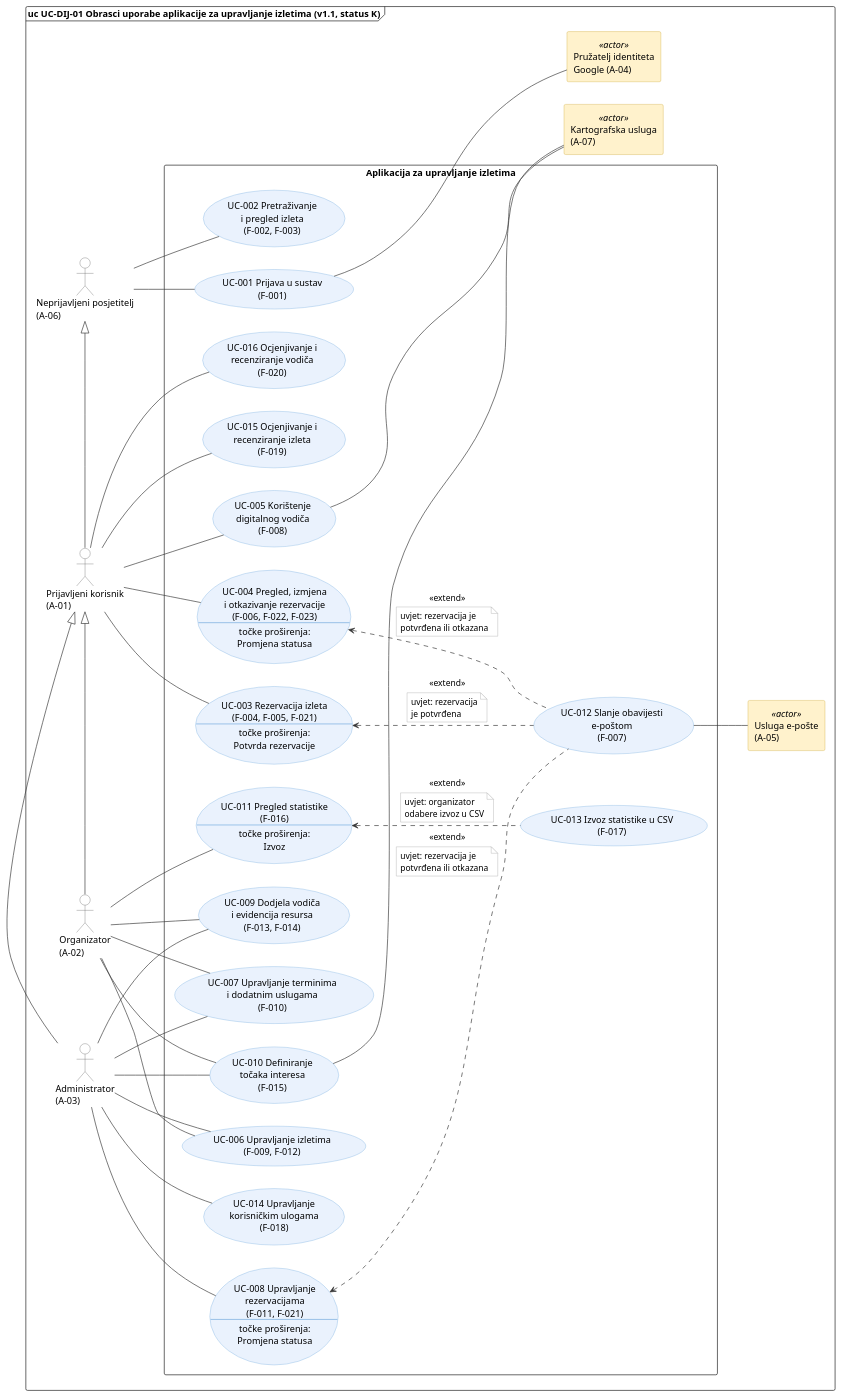
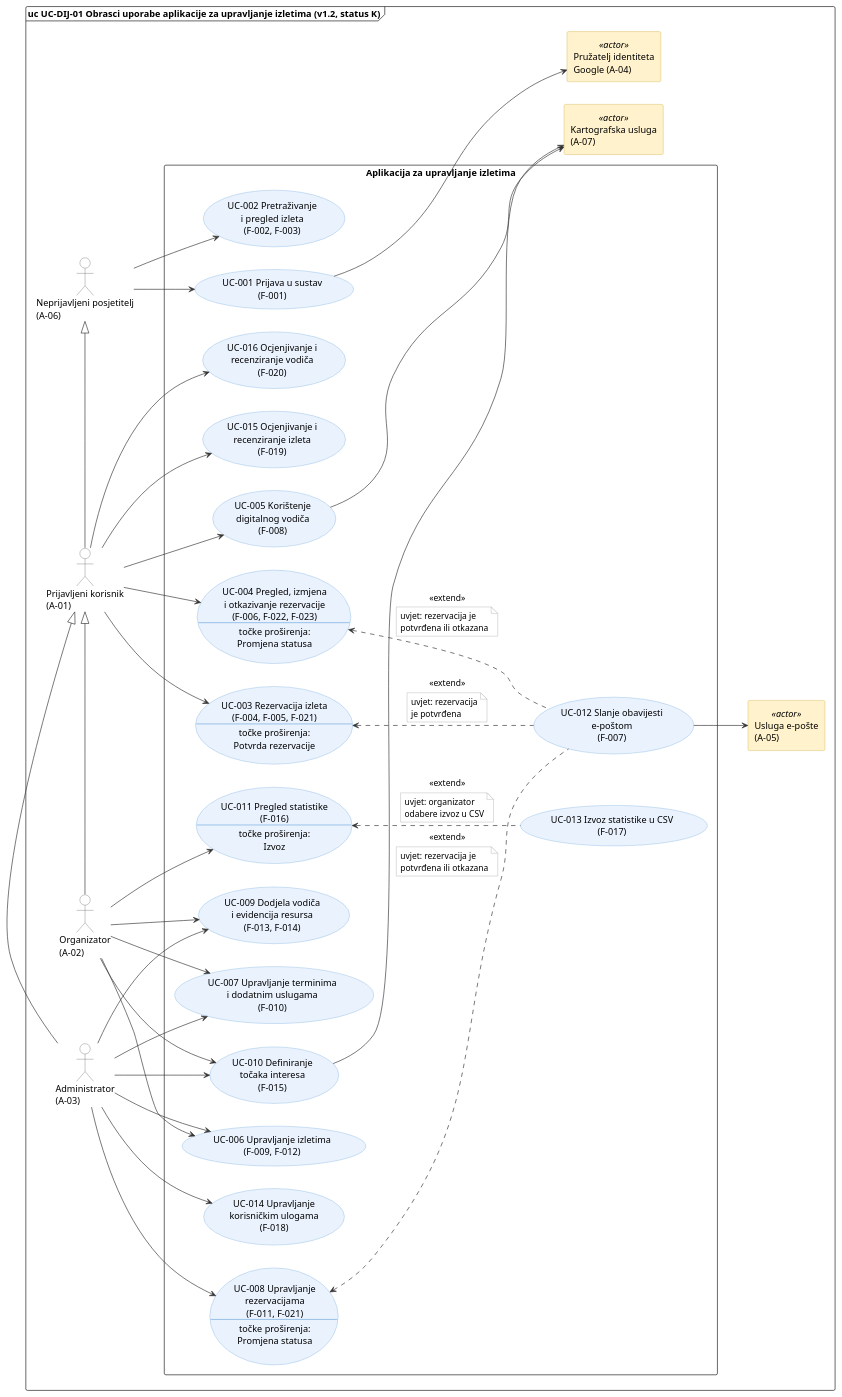
One commit to ivan-domljanovic/proinz-G11-3 changed the diagram in docs/puml/3-1-sustav-UC.puml. Above: the diagram before and after it, drawn with PlantUML.

Commit message:
Dijagram obrazaca uporabe sa strelicama od inicijatora
- pridruživanja usmjerena od primarnih aktera prema obrascima uporabe
  i od obrazaca uporabe prema vanjskim sustavima
- ispravljen prikaz naziva UC-004 i UC-008 (uklonjen doslovni \n)

```diff
--- a/docs/puml/3-1-sustav-UC.puml
+++ b/docs/puml/3-1-sustav-UC.puml
@@ -1,128 +1,130 @@
 @startuml 3-1-sustav-UC
 left to right direction
 skinparam shadowing false
 skinparam packageStyle rectangle
 skinparam ArrowColor #333333
 skinparam usecase {
   BackgroundColor #EAF2FD
   BorderColor #6FA8DC
 }
 skinparam actor {
   BackgroundColor #FFFFFF
   BorderColor #555555
 }
 skinparam rectangle<<actor>> {
   BackgroundColor #FFF2CC
   BorderColor #C9A227
 }
 skinparam note {
   BackgroundColor #FFFFFF
   BorderColor #999999
 }
 
-frame "uc UC-DIJ-01 Obrasci uporabe aplikacije za upravljanje izletima (v1.1, status K)" {
+frame "uc UC-DIJ-01 Obrasci uporabe aplikacije za upravljanje izletima (v1.2, status K)" {
 
 ' ===== Primarni akteri (lijevo) =====
 actor "Neprijavljeni posjetitelj\n(A-06)" as P
 actor "Prijavljeni korisnik\n(A-01)" as K
 actor "Organizator\n(A-02)" as O
 actor "Administrator\n(A-03)" as A
 
 ' ===== Granica sustava =====
 rectangle "Aplikacija za upravljanje izletima" {
   usecase "UC-001 Prijava u sustav\n(F-001)" as UC1
   usecase "UC-002 Pretraživanje\ni pregled izleta\n(F-002, F-003)" as UC2
   usecase UC3 as "UC-003 Rezervacija izleta
 (F-004, F-005, F-021)
 --
 točke proširenja:
 Potvrda rezervacije"
-  usecase UC4 as "UC-004 Pregled, izmjena\ni otkazivanje rezervacije
+  usecase UC4 as "UC-004 Pregled, izmjena
+i otkazivanje rezervacije
 (F-006, F-022, F-023)
 --
 točke proširenja:
 Promjena statusa"
   usecase "UC-005 Korištenje\ndigitalnog vodiča\n(F-008)" as UC5
   usecase "UC-015 Ocjenjivanje i\nrecenziranje izleta\n(F-019)" as UC15
   usecase "UC-016 Ocjenjivanje i\nrecenziranje vodiča\n(F-020)" as UC16
   usecase "UC-006 Upravljanje izletima\n(F-009, F-012)" as UC6
   usecase "UC-007 Upravljanje terminima\ni dodatnim uslugama\n(F-010)" as UC7
   usecase "UC-009 Dodjela vodiča\ni evidencija resursa\n(F-013, F-014)" as UC9
   usecase "UC-010 Definiranje\ntočaka interesa\n(F-015)" as UC10
   usecase UC11 as "UC-011 Pregled statistike
 (F-016)
 --
 točke proširenja:
 Izvoz"
   usecase "UC-013 Izvoz statistike u CSV\n(F-017)" as UC13
-  usecase UC8 as "UC-008 Upravljanje\nrezervacijama
+  usecase UC8 as "UC-008 Upravljanje
+rezervacijama
 (F-011, F-021)
 --
 točke proširenja:
 Promjena statusa"
   usecase "UC-014 Upravljanje\nkorisničkim ulogama\n(F-018)" as UC14
   usecase "UC-012 Slanje obavijesti\ne-poštom\n(F-007)" as UC12
 }
 
 ' ===== Sekundarni akteri - vanjski sustavi (desno) =====
 rectangle "Pružatelj identiteta\nGoogle (A-04)" as G <<actor>>
 rectangle "Usluga e-pošte\n(A-05)" as E <<actor>>
 rectangle "Kartografska usluga\n(A-07)" as M <<actor>>
 
 ' ===== Poopćenje aktera =====
 K -|> P
 O -|> K
 A -|> K
 
-' ===== Pridruživanje: primarni akteri =====
-P -- UC1
-P -- UC2
+' ===== Pridruživanje: primarni akteri (strelica = inicijator) =====
+P --> UC1
+P --> UC2
 
-K -- UC3
-K -- UC4
-K -- UC5
-K -- UC15
-K -- UC16
+K --> UC3
+K --> UC4
+K --> UC5
+K --> UC15
+K --> UC16
 
-O -- UC6
-O -- UC7
-O -- UC9
-O -- UC10
-O -- UC11
+O --> UC6
+O --> UC7
+O --> UC9
+O --> UC10
+O --> UC11
 
-A -- UC6
-A -- UC7
-A -- UC8
-A -- UC9
-A -- UC10
-A -- UC14
+A --> UC6
+A --> UC7
+A --> UC8
+A --> UC9
+A --> UC10
+A --> UC14
 
 ' ===== extend: proširenje -> osnovni =====
 UC3 <.. UC12 : <<extend>>
 note on link
   uvjet: rezervacija
   je potvrđena
 end note
 UC4 <.. UC12 : <<extend>>
 note on link
   uvjet: rezervacija je
   potvrđena ili otkazana
 end note
 UC8 <.. UC12 : <<extend>>
 note on link
   uvjet: rezervacija je
   potvrđena ili otkazana
 end note
 UC11 <.. UC13 : <<extend>>
 note on link
   uvjet: organizator
   odabere izvoz u CSV
 end note
 
 ' ===== Pridruživanje: sekundarni akteri =====
-UC1 -- G
-UC12 -- E
-UC5 -- M
-UC10 -- M
+UC1 --> G
+UC12 --> E
+UC5 --> M
+UC10 --> M
 }
 @enduml
```
